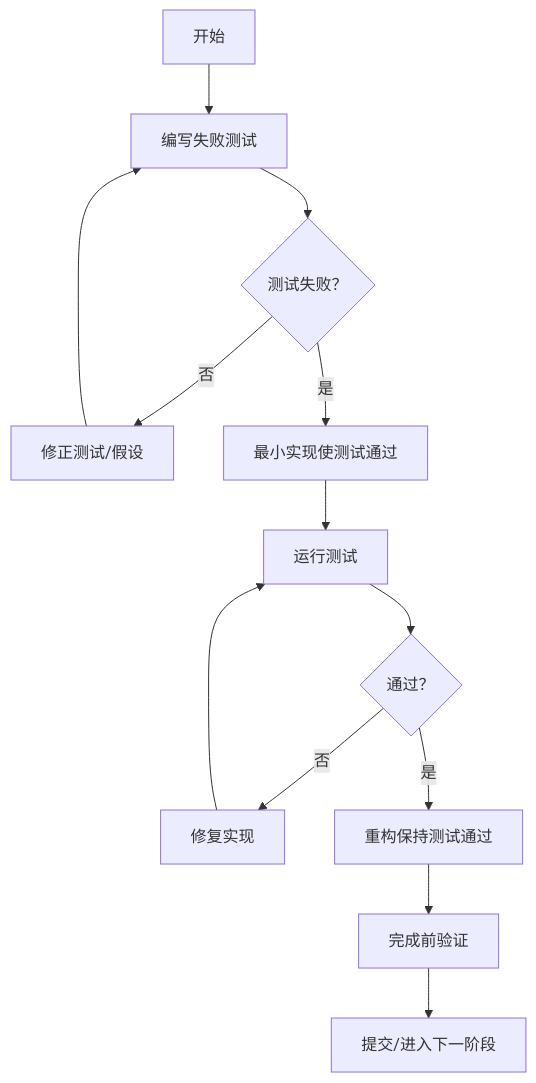
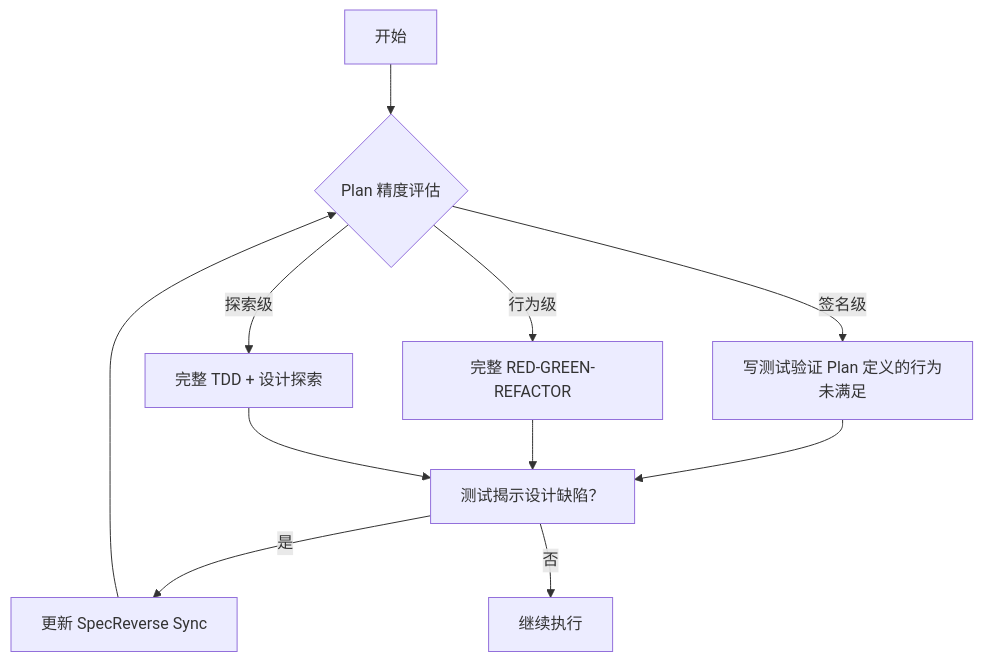
One commit to AngelWings1997/altas changed the third of 8 diagrams in .qoder/repowiki/zh/content/超级能力模块/TDD 铁律.md. Above: the diagram before and after it, drawn with Mermaid. The commit also changed other lines of this file and 22 other files, not shown here.

````diff
--- a/.qoder/repowiki/zh/content/超级能力模块/TDD 铁律.md
+++ b/.qoder/repowiki/zh/content/超级能力模块/TDD 铁律.md
@@ -110,13 +148,12 @@
 ```mermaid
 flowchart TD
-S["开始"] --> W["编写失败测试"]
-W --> F{"测试失败？"}
-F --> |否| R1["修正测试/假设"] --> W
-F --> |是| I["最小实现使测试通过"]
-I --> T["运行测试"]
-T --> P{"通过？"}
-P --> |否| R2["修复实现"] --> T
-P --> |是| X["重构保持测试通过"]
-X --> V["完成前验证"]
-V --> C["提交/进入下一阶段"]
+S["开始"] --> P{"Plan 精度评估"}
+P --> |签名级| S1["写测试验证 Plan 定义的行为未满足"]
+P --> |行为级| S2["完整 RED-GREEN-REFACTOR"]
+P --> |探索级| S3["完整 TDD + 设计探索"]
+S1 --> T["测试揭示设计缺陷？"]
+S2 --> T
+S3 --> T
+T --> |是| U["更新 SpecReverse Sync"] --> P
+T --> |否| C["继续执行"]
 ```
````
